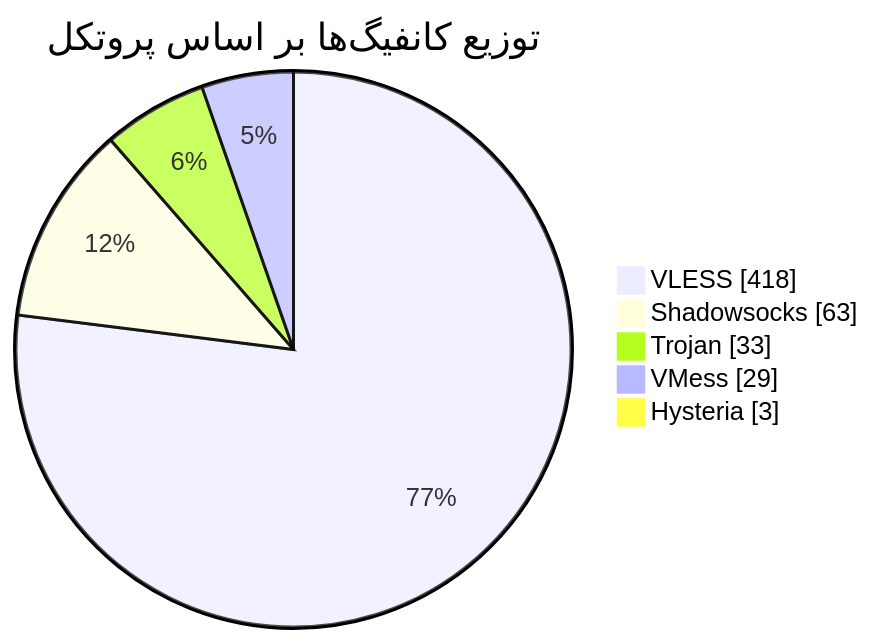
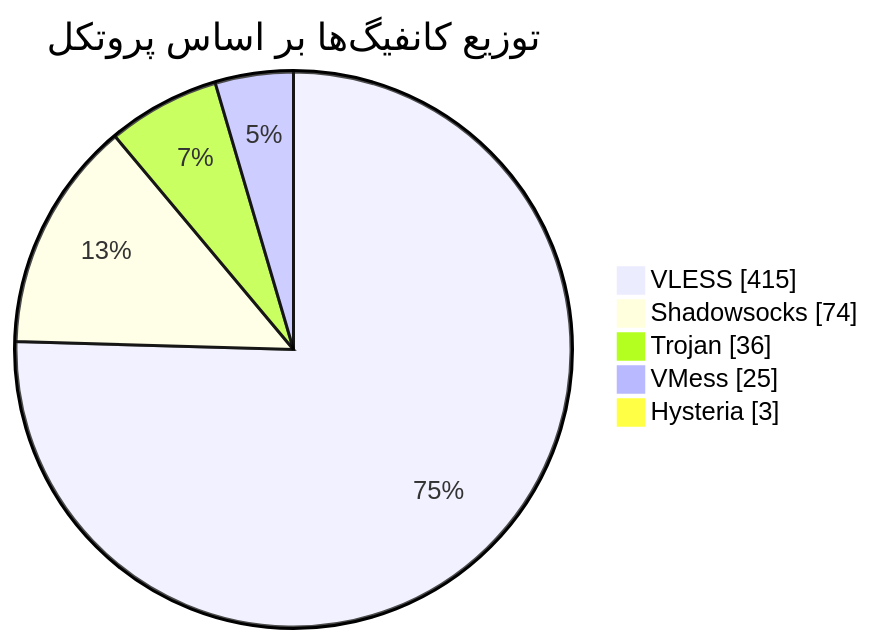
The diagram in README.md (Arian-Alijani/Somthing), drawn with Mermaid before and after one commit. The commit also changed other lines of this file and 77 other files, not shown here.

````diff
--- a/README.md
+++ b/README.md
@@ -47,9 +47,9 @@
 ```mermaid
 pie showData
     title توزیع کانفیگ‌ها بر اساس پروتکل
-    "VLESS" : 418
-    "Shadowsocks" : 63
-    "Trojan" : 33
-    "VMess" : 29
+    "VLESS" : 415
+    "Shadowsocks" : 74
+    "Trojan" : 36
+    "VMess" : 25
     "Hysteria" : 3
 ```
````
